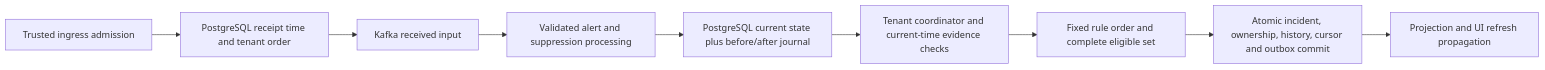
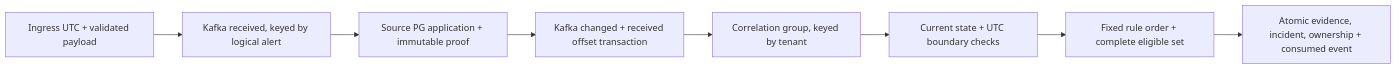
The diagram in specs/spec-correlation-rules.md (keep-alert-operations/keep-design), drawn with Mermaid before and after one commit. The commit also changed other lines of this file and 19 other files, not shown here.

````diff
--- a/specs/spec-correlation-rules.md
+++ b/specs/spec-correlation-rules.md
@@ -131,11 +127,10 @@
 ```mermaid
 flowchart LR
-  Ingress[Trusted ingress admission] --> Stamp[PostgreSQL receipt time and tenant order]
-  Stamp --> Kafka[Kafka received input]
-  Kafka --> Processor[Validated alert and suppression processing]
-  Processor --> Journal[PostgreSQL current state plus before/after journal]
-  Journal --> Coordinator[Tenant coordinator and current-time evidence checks]
-  Coordinator --> Arbitration[Fixed rule order and complete eligible set]
-  Arbitration --> Commit[Atomic incident, ownership, history, cursor and outbox commit]
-  Commit --> Hints[Projection and UI refresh propagation]
+  Ingress[Ingress UTC + validated payload] --> Received[Kafka received, keyed by logical alert]
+  Received --> Processor[Source PG application + immutable proof]
+  Processor --> Changed[Kafka changed + received offset transaction]
+  Changed --> Consumer[Correlation group, keyed by tenant]
+  Consumer --> Coordinator[Current state + UTC boundary checks]
+  Coordinator --> Arbitration[Fixed rule order + complete eligible set]
+  Arbitration --> Commit[Atomic evidence, incident, ownership + consumed event]
 ```
````
